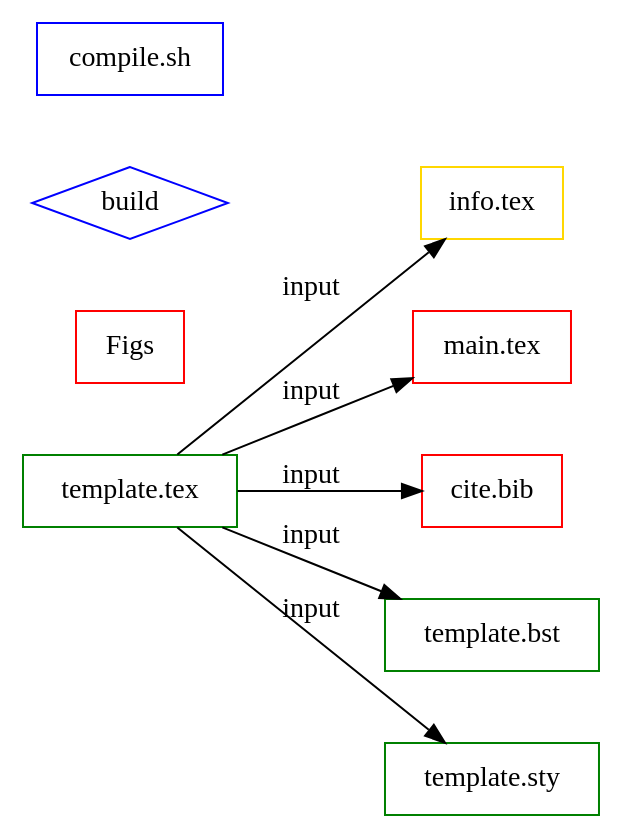
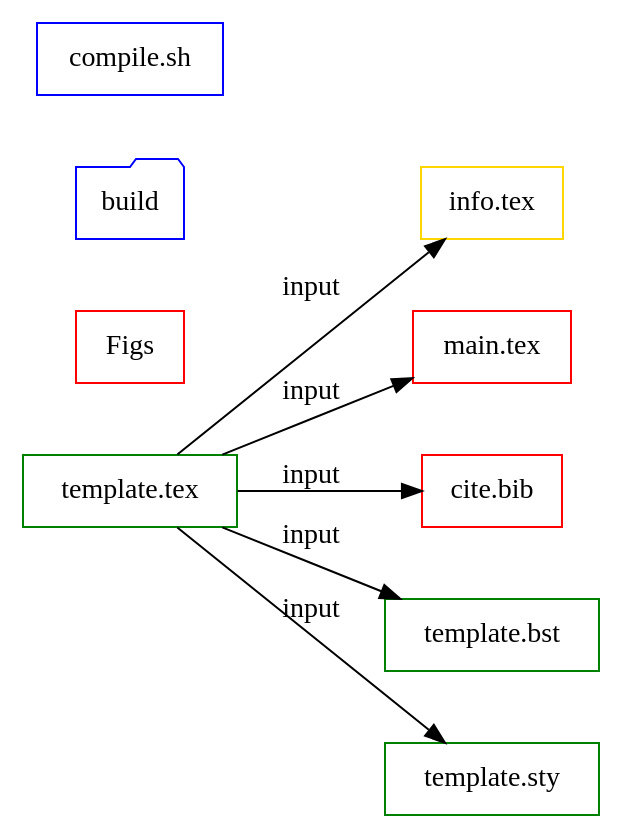
Before and after one commit to bwtian/texTemplate: the diagram in texTemplate.org, drawn with Graphviz. The commit also changed other lines of this file and 1 other file, not shown here.

Commit message:
- ‘.#texTemplate.org’ / ‘texTemplate.org’

```diff
--- a/texTemplate.org
+++ b/texTemplate.org
@@ -4,25 +4,25 @@
 #+BEGIN_SRC dot :file ./texTemplate.svg
   digraph {
   rankdir = LR
   fontname="Times";
   fontsize = 12;
   splines = false;
   ranksep = 0.5;
   nodesep = 0.5;
   node [shape = box]
   //1. set node
   temp [label = "template.tex", color = green]
   info [label = "info.tex", color = gold]
   main [label = "main.tex", color = red]
   bib [label = "cite.bib", color = red]
   bst [label = "template.bst", color = green]
   sty [label = "template.sty", color = green]
   fig [label = "Figs", color=red]
-  build [label  = "build", color = blue, shape="diamond"]
+  build [label  = "build", color = blue, shape="folder"]
   gen [label = "compile.sh", color = blue]
   //2. set path
   temp -> {info,main, bib, bst, sty} [label = input]
   //3. set rank
 
   }
 #+END_SRC
```
